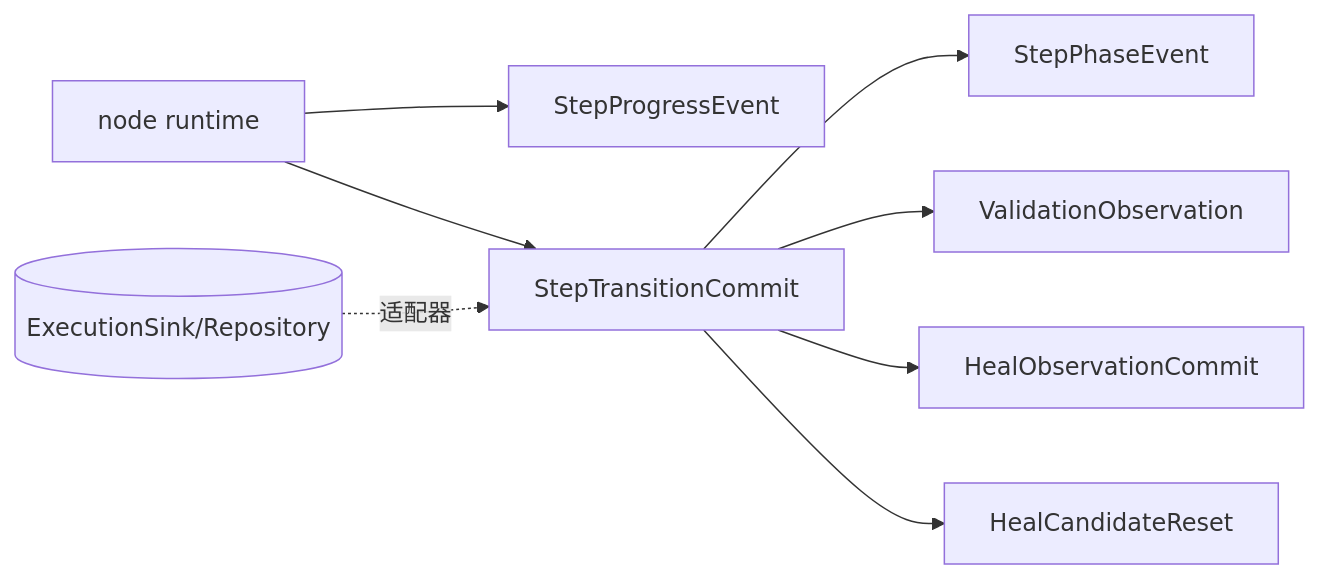
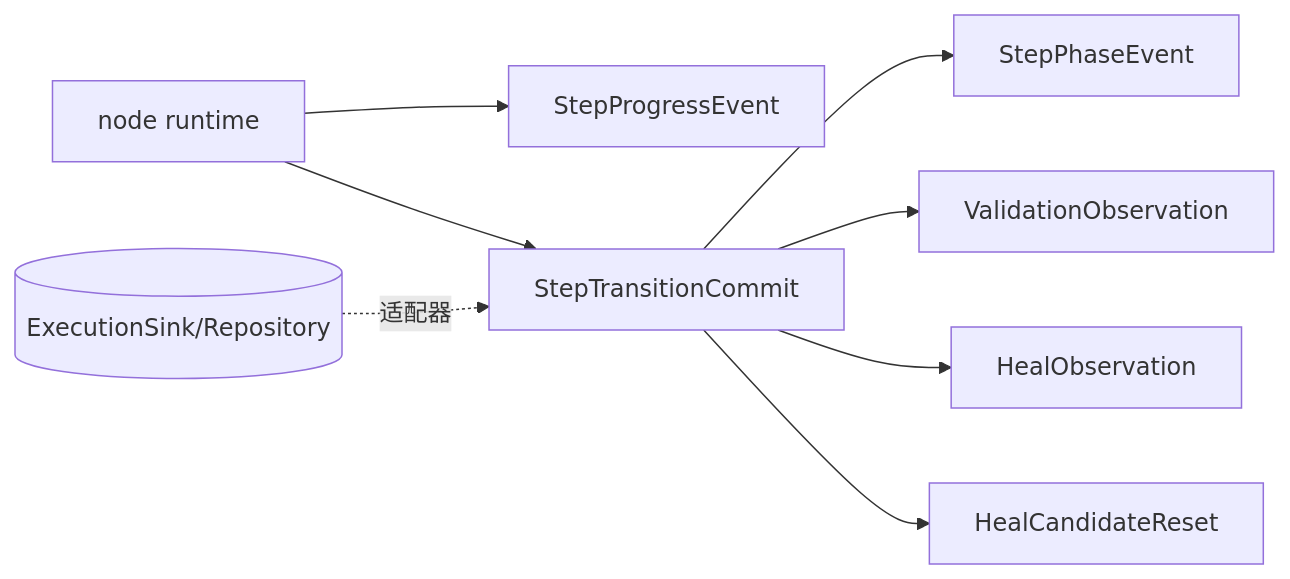
Before and after one commit to Capsule7446/healix-core: the first of 2 diagrams in docs/domains/evidence.md, drawn with Mermaid. The commit also changed other lines of this file and 180 other files, not shown here.

````diff
--- a/docs/domains/evidence.md
+++ b/docs/domains/evidence.md
@@ -6,10 +6,10 @@
 ```mermaid
 flowchart LR
   Node[node runtime] --> Progress[StepProgressEvent]
   Node --> Commit[StepTransitionCommit]
   Commit --> Event[StepPhaseEvent]
   Commit --> Validations[ValidationObservation]
-  Commit --> Heals[HealObservationCommit]
+  Commit --> Heals[HealObservation]
   Commit --> Resets[HealCandidateReset]
   Store[(ExecutionSink/Repository)] -.适配器.-> Commit
 ```
````
